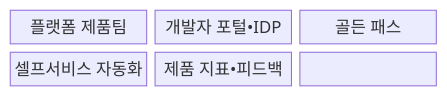
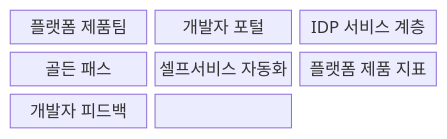
One commit to agnusdei1207/knowledge-base changed the first of 2 diagrams in src/content/docs/notes/08-latest-tech/175_platform_engineering.md. Above: the diagram before and after it, drawn with Mermaid. The commit also changed other lines of this file and 20 other files, not shown here.

````diff
--- a/src/content/docs/notes/08-latest-tech/175_platform_engineering.md
+++ b/src/content/docs/notes/08-latest-tech/175_platform_engineering.md
@@ -68,11 +72,13 @@
 ```mermaid
 block-beta
   columns 3
   N0["플랫폼 제품팀"]
-  N1["개발자 포털•IDP"]
+  N1["개발자 포털"]
+  N5["IDP 서비스 계층"]
   N2["골든 패스"]
   N3["셀프서비스 자동화"]
-  N4["제품 지표•피드백"]
-  N0 --- N1 --- N2
-  N2 --- N3 --- N4
+  N4["플랫폼 제품 지표"]
+  N6["개발자 피드백"]
+  N0 --- N1 --- N5 --- N2
+  N2 --- N3 --- N4 --- N6
 ```
````
